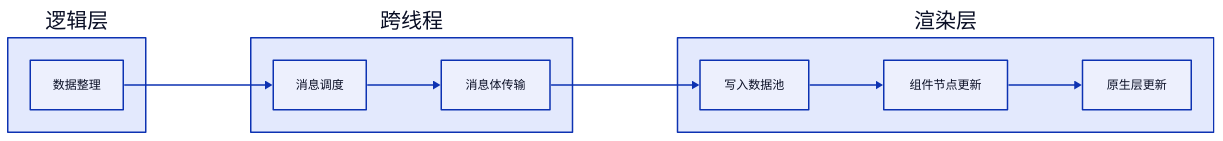
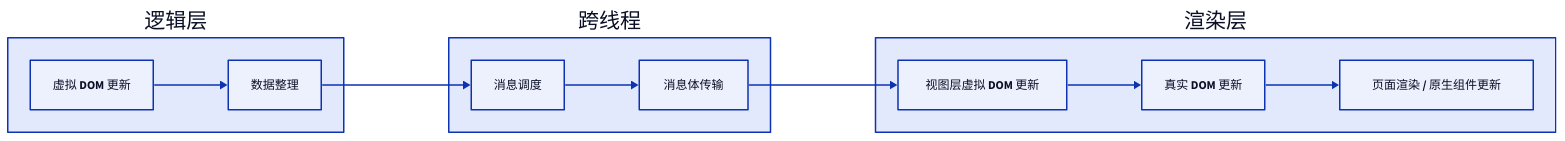
Before and after one commit to youngluo/thinking: the fifth of 10 diagrams in apps/docs/experiences/微信小程序/原理与实践.md, drawn with D2. The commit also changed other lines of this file and 1 other file, not shown here.

````diff
--- a/apps/docs/experiences/微信小程序/原理与实践.md
+++ b/apps/docs/experiences/微信小程序/原理与实践.md
@@ -205,26 +229,27 @@
 ```d2
 direction: right
 
 logic: 逻辑层 {
   class: group
 
-  A: 数据整理
+  A: 虚拟 DOM 更新
+  B: 数据整理
 }
 
 bridge_layer: 跨线程 {
   class: group
 
-  B: 消息调度
-  C: 消息体传输
+  C: 消息调度
+  D: 消息体传输
 }
 
 view: 渲染层 {
   class: group
 
-  D: 写入数据池
-  E: 组件节点更新
-  F: 原生层更新
+  E: 视图层虚拟 DOM 更新
+  F: 真实 DOM 更新
+  G: 页面渲染 / 原生组件更新
 }
 
-logic.A -> bridge_layer.B -> bridge_layer.C -> view.D -> view.E -> view.F
+logic.A -> logic.B -> bridge_layer.C -> bridge_layer.D -> view.E -> view.F -> view.G
 ```
````
